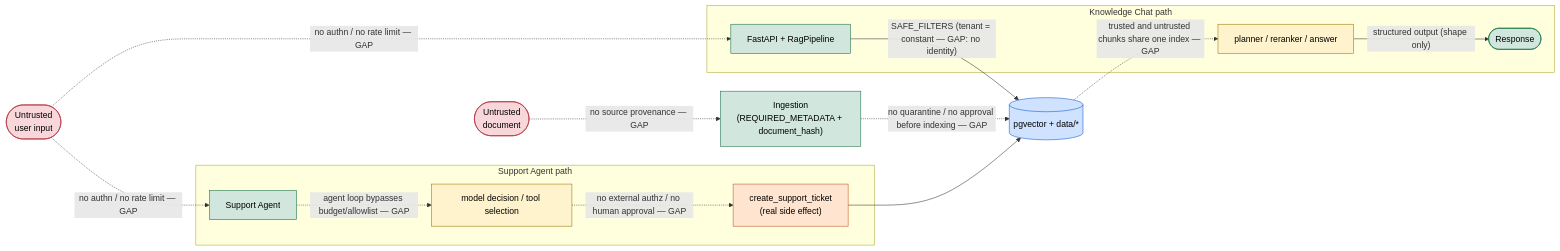
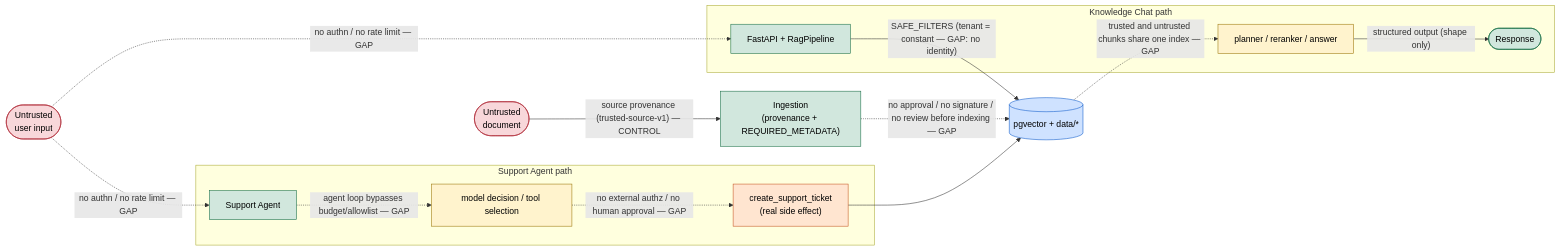
One commit to james-freitas/mba-ia-rag-fullcycle changed the fourth of 4 diagrams in docs/security-threat-model.md. Above: the diagram before and after it, drawn with Mermaid. The commit also changed other lines of this file and 7 other files, not shown here.

````diff
--- a/docs/security-threat-model.md
+++ b/docs/security-threat-model.md
@@ -836,40 +954,40 @@
 ```mermaid
 flowchart LR
     U([Untrusted<br/>user input]):::untrusted
     DOC([Untrusted<br/>document]):::untrusted
 
     subgraph KC[Knowledge Chat path]
         KCAPP["FastAPI + RagPipeline"]:::trusted
         KCM["planner / reranker / answer"]:::model
         RESP([Response]):::trusted
     end
 
     subgraph AG[Support Agent path]
         AGAPP["Support Agent"]:::trusted
         AGM["model decision / tool selection"]:::model
         TOOL["create_support_ticket<br/>(real side effect)"]:::action
     end
 
-    ING["Ingestion<br/>(REQUIRED_METADATA + document_hash)"]:::trusted
+    ING["Ingestion<br/>(provenance + REQUIRED_METADATA)"]:::trusted
     VS[("pgvector + data/*")]:::data
 
     U -.->|"no authn / no rate limit — GAP"| KCAPP
     U -.->|"no authn / no rate limit — GAP"| AGAPP
 
-    DOC -.->|"no source provenance — GAP"| ING
-    ING -.->|"no quarantine / no approval before indexing — GAP"| VS
+    DOC -->|"source provenance (trusted-source-v1) — CONTROL"| ING
+    ING -.->|"no approval / no signature / no review before indexing — GAP"| VS
 
     KCAPP -->|"SAFE_FILTERS (tenant = constant — GAP: no identity)"| VS
     VS -.->|"trusted and untrusted chunks share one index — GAP"| KCM
     KCM -->|"structured output (shape only)"| RESP
 
     AGAPP -.->|"agent loop bypasses budget/allowlist — GAP"| AGM
     AGM -.->|"no external authz / no human approval — GAP"| TOOL
     TOOL --> VS
 
     classDef untrusted fill:#f8d7da,stroke:#b02a37,color:#000;
     classDef trusted fill:#d1e7dd,stroke:#146c43,color:#000;
     classDef model fill:#fff3cd,stroke:#997404,color:#000;
     classDef data fill:#cfe2ff,stroke:#0a58ca,color:#000;
     classDef action fill:#ffe5d0,stroke:#c4531f,color:#000;
 ```
````
